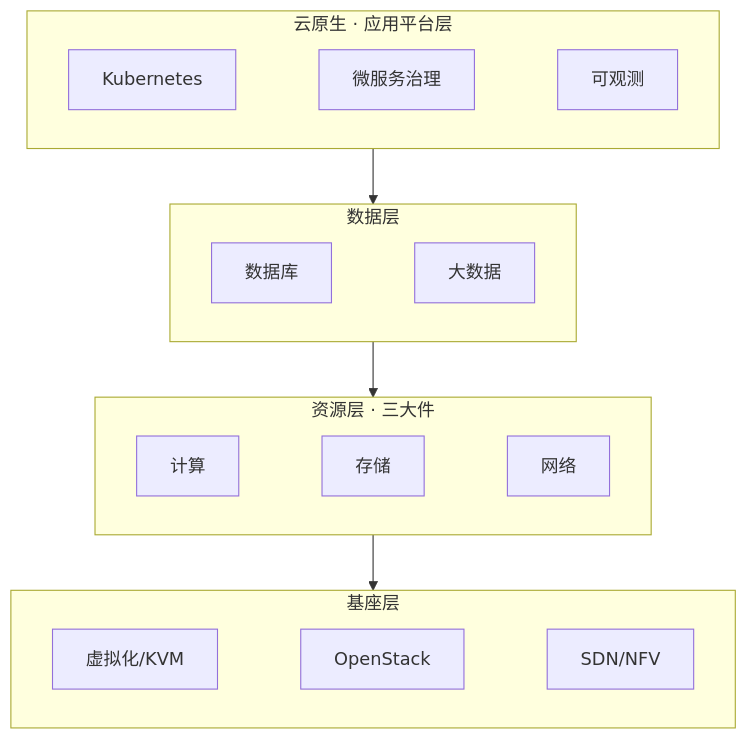
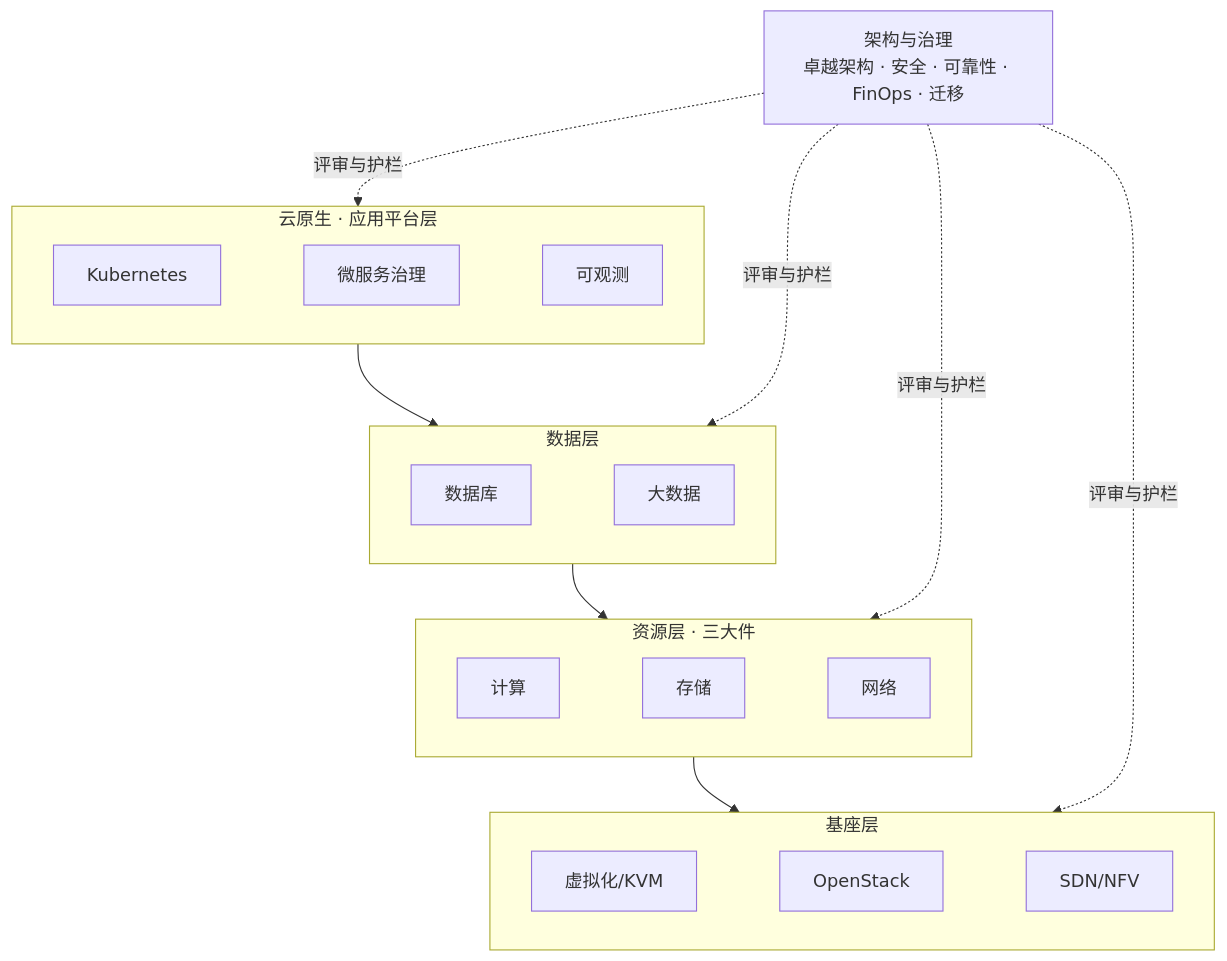
Before and after one commit to shuifans/cloud-ai-knowledge-base: the diagram in docs/cloud/index.md, drawn with Mermaid. The commit also changed other lines of this file and 17 other files, not shown here.

````diff
--- a/docs/cloud/index.md
+++ b/docs/cloud/index.md
@@ -17,31 +17,36 @@
 ```mermaid
 flowchart TB
+  G[架构与治理<br/>卓越架构 · 安全 · 可靠性 · FinOps · 迁移]
   subgraph L4[云原生 · 应用平台层]
     direction LR
     N1[Kubernetes]
     N2[微服务治理]
     N3[可观测]
     N1 ~~~ N2 ~~~ N3
   end
   subgraph L3[数据层]
     direction LR
     D1[数据库]
     D2[大数据]
     D1 ~~~ D2
   end
   subgraph L2[资源层 · 三大件]
     direction LR
     C1[计算]
     C2[存储]
     C3[网络]
     C1 ~~~ C2 ~~~ C3
   end
   subgraph L1[基座层]
     direction LR
     F1[虚拟化/KVM]
     F2[OpenStack]
     F3[SDN/NFV]
     F1 ~~~ F2 ~~~ F3
   end
   L4 --> L3 --> L2 --> L1
+  G -.评审与护栏.-> L4
+  G -.评审与护栏.-> L3
+  G -.评审与护栏.-> L2
+  G -.评审与护栏.-> L1
 ```
````
